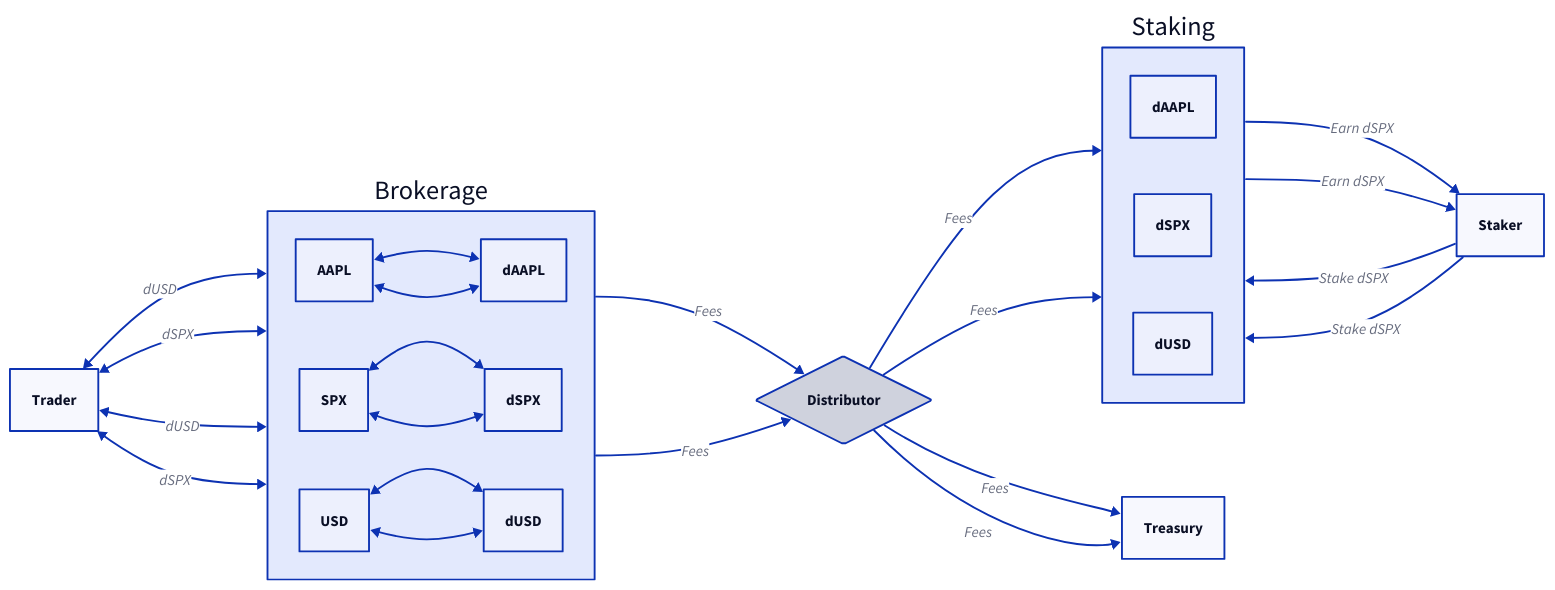
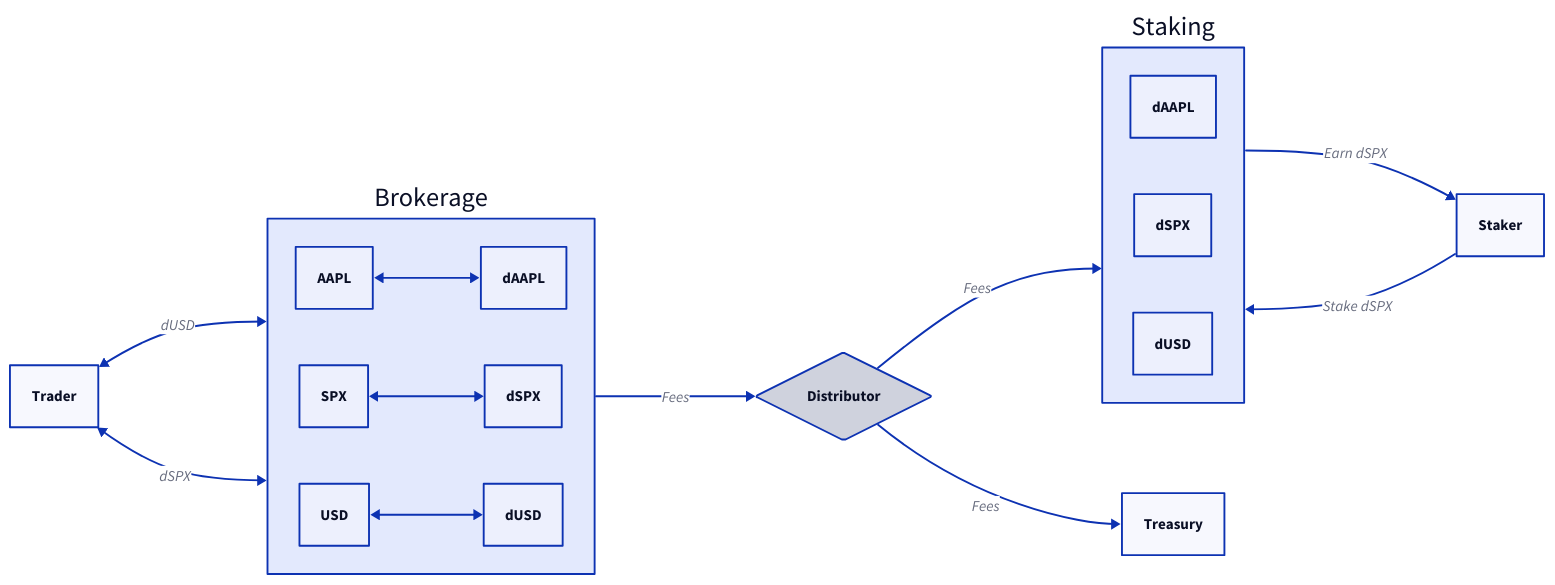
One commit to dinaricrypto/sbt-contracts changed the diagram in asset-staking.d2. Above: the diagram before and after it, drawn with D2.

```diff
--- a/asset-staking.d2
+++ b/asset-staking.d2
@@ -1,66 +1,34 @@
 direction: right
 
 Brokerage: {
   AAPL
   dAAPL
   SPX
   dSPX
   USD
   dUSD
 }
 Staking: {
   dAAPL
   dSPX
   dUSD
 }
 Staker
 Trader
 Distributor
 Distributor.shape: diamond
 Treasury
 
 Brokerage.AAPL <-> Brokerage.dAAPL
 Brokerage.SPX <-> Brokerage.dSPX
 Brokerage.USD <-> Brokerage.dUSD
 
 Brokerage -> Distributor: Fees
 Distributor -> Staking: Fees
 Distributor -> Treasury: Fees
 
 Staker -> Staking: Stake dSPX
 Staking -> Staker: Earn dSPX
 
 Trader <-> Brokerage: dUSD
 Trader <-> Brokerage: dSPX
-Brokerage: {
-  AAPL
-  dAAPL
-  SPX
-  dSPX
-  USD
-  dUSD
-}
-Staking: {
-  dAAPL
-  dSPX
-  dUSD
-}
-Staker
-Trader
-Distributor
-Distributor.shape: diamond
-Treasury
-
-Brokerage.AAPL <-> Brokerage.dAAPL
-Brokerage.SPX <-> Brokerage.dSPX
-Brokerage.USD <-> Brokerage.dUSD
-
-Brokerage -> Distributor: Fees
-Distributor -> Staking: Fees
-Distributor -> Treasury: Fees
-
-Staker -> Staking: Stake dSPX
-Staking -> Staker: Earn dSPX
-
-Trader <-> Brokerage: dUSD
-Trader <-> Brokerage: dSPX
```
